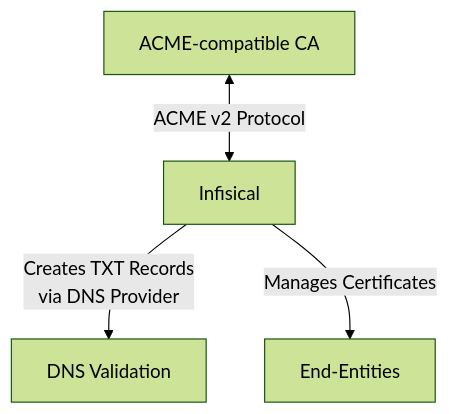
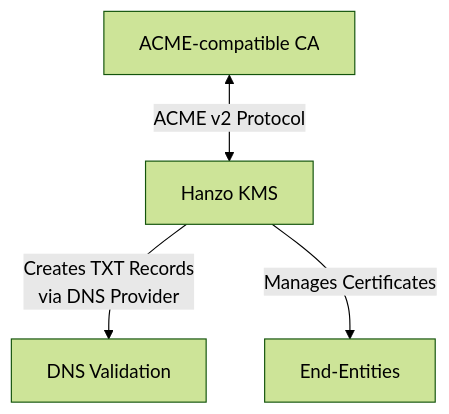
One commit to hanzoai/kms changed the diagram in docs/documentation/platform/pki/ca/acme-ca.mdx. Above: the diagram before and after it, drawn with Mermaid (forest theme). The commit also changed other lines of this file and 927 other files, not shown here.

First line of the commit message:
feat: complete Hanzo KMS rebranding across upstream merge

````diff
--- a/docs/documentation/platform/pki/ca/acme-ca.mdx
+++ b/docs/documentation/platform/pki/ca/acme-ca.mdx
@@ -27,6 +27,6 @@
 ```mermaid
 graph TD
-    A[ACME-compatible CA] <-->|ACME v2 Protocol| B[Infisical]
+    A[ACME-compatible CA] <-->|ACME v2 Protocol| B[Hanzo KMS]
     B -->|Creates TXT Records<br>via DNS Provider| C[DNS Validation]
     B -->|Manages Certificates| D[End-Entities]
 ```
````
